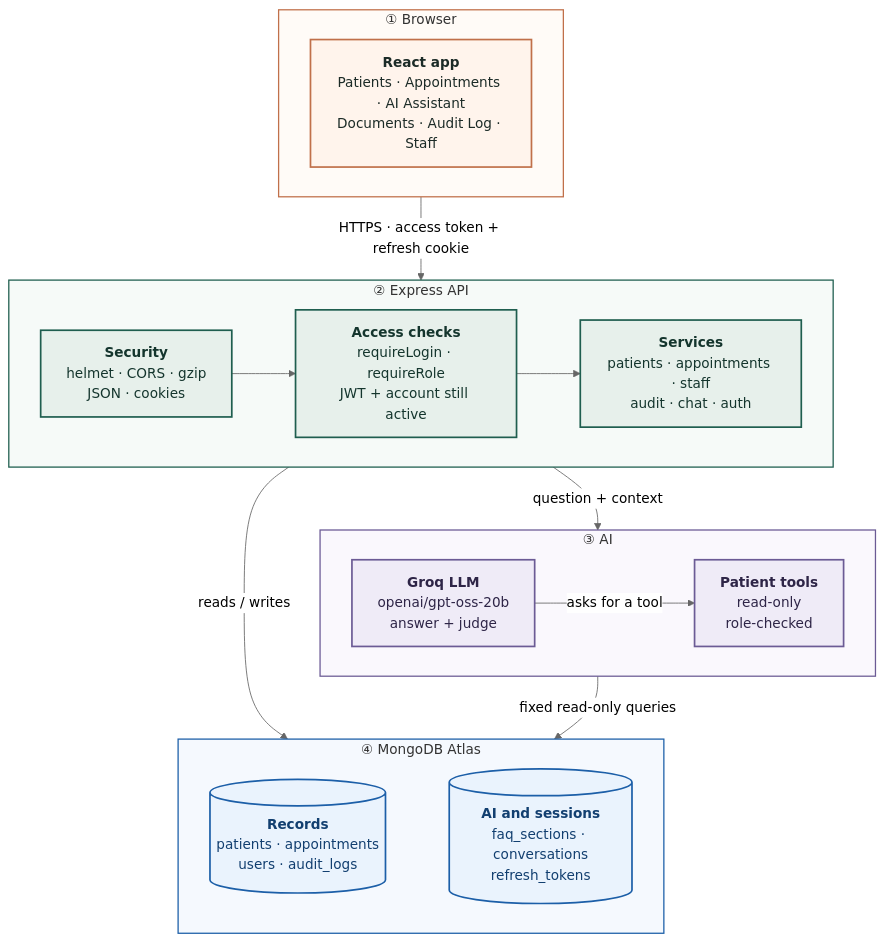
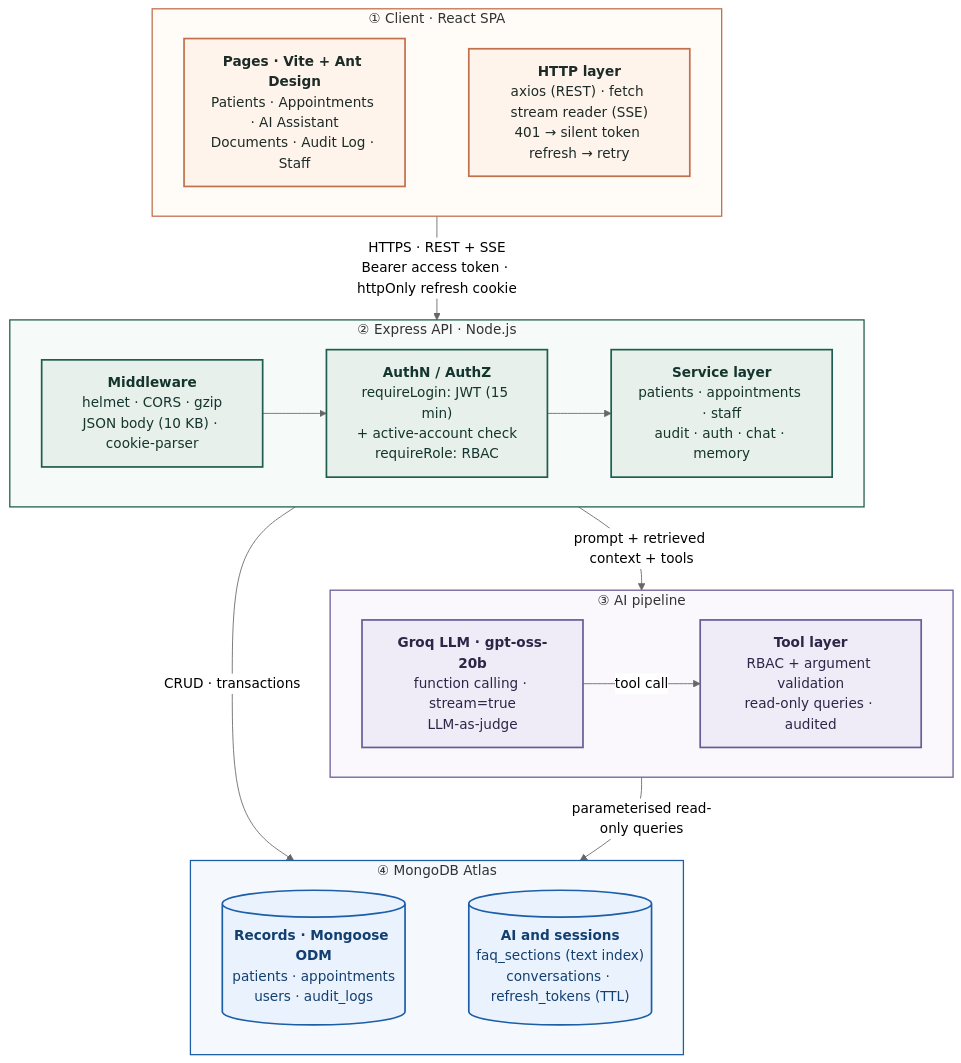
One commit to Jag2007/Patient_Management changed the diagram in architecture/diagrams/system.mmd. Above: the diagram before and after it, drawn with Mermaid (neutral theme). The commit also changed 13 other files, not shown here.

Commit message:
Docs: streaming in README and API docs, technical architecture diagrams

```diff
--- a/architecture/diagrams/system.mmd
+++ b/architecture/diagrams/system.mmd
@@ -1,34 +1,35 @@
 flowchart TB
     classDef client fill:#FFF4EC,stroke:#C0704A,stroke-width:2px,color:#1C2B27
     classDef api fill:#E7F0EB,stroke:#1F5E4F,stroke-width:2px,color:#14352D
     classDef ai fill:#EFEBF7,stroke:#6B5B95,stroke-width:2px,color:#2E2547
     classDef data fill:#EAF3FD,stroke:#1C5FA8,stroke-width:2px,color:#123F70
 
-    subgraph Client["① Browser"]
-        UI["<b>React app</b><br/>Patients · Appointments · AI Assistant<br/>Documents · Audit Log · Staff"]:::client
+    subgraph Client["① Client · React SPA"]
+        direction LR
+        UI["<b>Pages · Vite + Ant Design</b><br/>Patients · Appointments · AI Assistant<br/>Documents · Audit Log · Staff"]:::client ~~~ HTTP["<b>HTTP layer</b><br/>axios (REST) · fetch stream reader (SSE)<br/>401 → silent token refresh → retry"]:::client
     end
 
-    subgraph Server["② Express API"]
+    subgraph Server["② Express API · Node.js"]
         direction LR
-        MW["<b>Security</b><br/>helmet · CORS · gzip<br/>JSON · cookies"]:::api --> AUTH["<b>Access checks</b><br/>requireLogin · requireRole<br/>JWT + account still active"]:::api --> SVC["<b>Services</b><br/>patients · appointments · staff<br/>audit · chat · auth"]:::api
+        MW["<b>Middleware</b><br/>helmet · CORS · gzip<br/>JSON body (10 KB) · cookie-parser"]:::api --> AUTH["<b>AuthN / AuthZ</b><br/>requireLogin: JWT (15 min)<br/>+ active-account check<br/>requireRole: RBAC"]:::api --> SVC["<b>Service layer</b><br/>patients · appointments · staff<br/>audit · auth · chat · memory"]:::api
     end
 
-    subgraph AI["③ AI"]
+    subgraph AI["③ AI pipeline"]
         direction LR
-        LLM["<b>Groq LLM</b><br/>openai/gpt-oss-20b<br/>answer + judge"]:::ai -->|"asks for a tool"| TOOLS["<b>Patient tools</b><br/>read-only<br/>role-checked"]:::ai
+        LLM["<b>Groq LLM · gpt-oss-20b</b><br/>function calling · stream=true<br/>LLM-as-judge"]:::ai -->|"tool call"| TOOLS["<b>Tool layer</b><br/>RBAC + argument validation<br/>read-only queries · audited"]:::ai
     end
 
     subgraph Data["④ MongoDB Atlas"]
         direction LR
-        CORE[("<b>Records</b><br/>patients · appointments<br/>users · audit_logs")]:::data ~~~ AIDATA[("<b>AI and sessions</b><br/>faq_sections · conversations<br/>refresh_tokens")]:::data
+        CORE[("<b>Records · Mongoose ODM</b><br/>patients · appointments<br/>users · audit_logs")]:::data ~~~ AIDATA[("<b>AI and sessions</b><br/>faq_sections (text index)<br/>conversations · refresh_tokens (TTL)")]:::data
     end
 
-    Client -->|"HTTPS · access token + refresh cookie"| Server
-    Server -->|"question + context"| AI
-    Server -->|"reads / writes"| Data
-    AI -->|"fixed read-only queries"| Data
+    Client -->|"HTTPS · REST + SSE<br/>Bearer access token · httpOnly refresh cookie"| Server
+    Server -->|"prompt + retrieved context + tools"| AI
+    Server -->|"CRUD · transactions"| Data
+    AI -->|"parameterised read-only queries"| Data
 
     style Client fill:#FFFBF7,stroke:#C0704A,stroke-width:1.5px
     style Server fill:#F6FAF8,stroke:#1F5E4F,stroke-width:1.5px
     style AI fill:#FAF8FD,stroke:#6B5B95,stroke-width:1.5px
     style Data fill:#F5F9FE,stroke:#1C5FA8,stroke-width:1.5px
```
